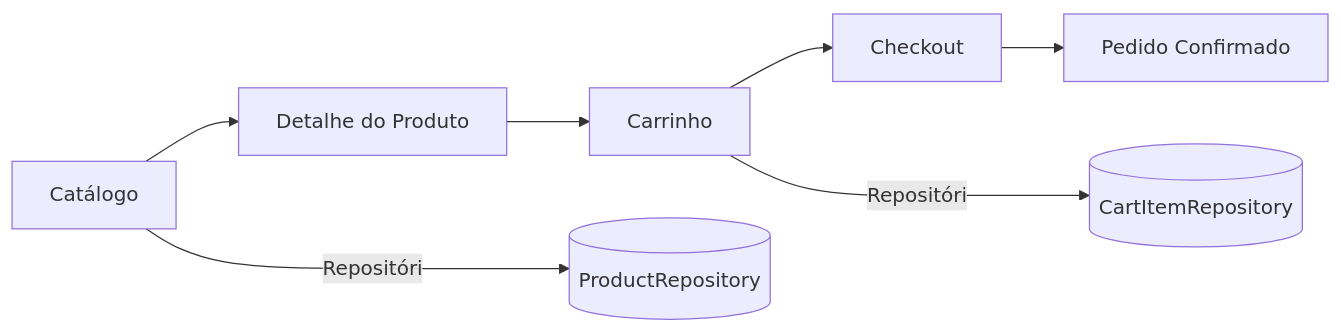
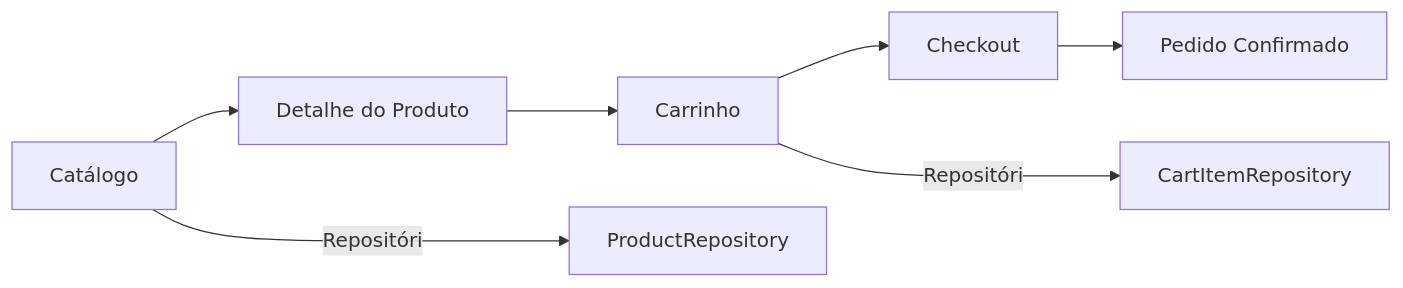
Before and after one commit to DOREXOgamer/feiragreen_flutter: the third of 4 diagrams in README.md, drawn with Mermaid. The commit also changed other lines of this file, not shown here.

Commit message:
docs: fix Mermaid diagrams to render on GitHub

````diff
--- a/README.md
+++ b/README.md
@@ -241,9 +241,9 @@
 ```mermaid
 flowchart LR
   Catalog[Catálogo] --> Product[Detalhe do Produto]
   Product --> Cart[Carrinho]
   Cart --> Checkout[Checkout]
   Checkout --> Order[Pedido Confirmado]
-  Cart --Repositório--> Repo[(CartItemRepository)]
-  Catalog --Repositório--> PRepo[(ProductRepository)]
+  Cart --Repositório--> Repo[CartItemRepository]
+  Catalog --Repositório--> PRepo[ProductRepository]
 ```
````
